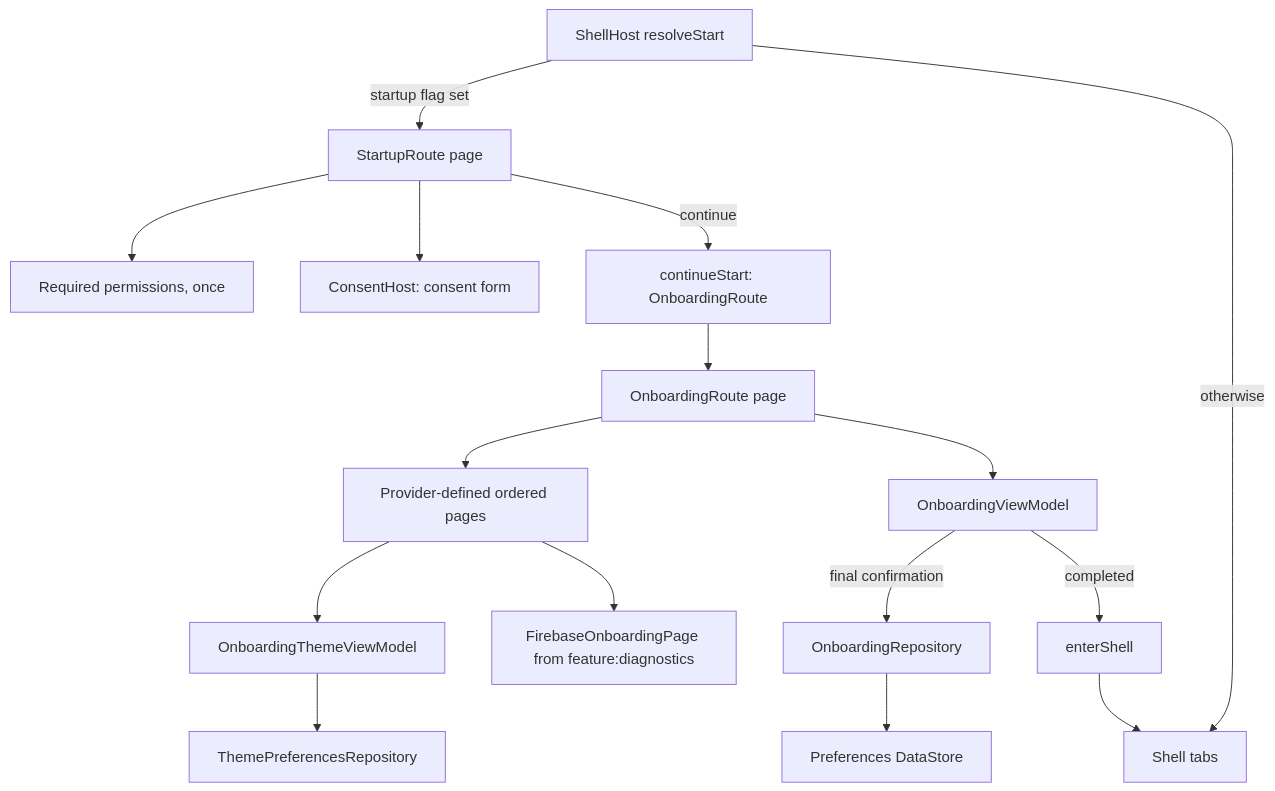
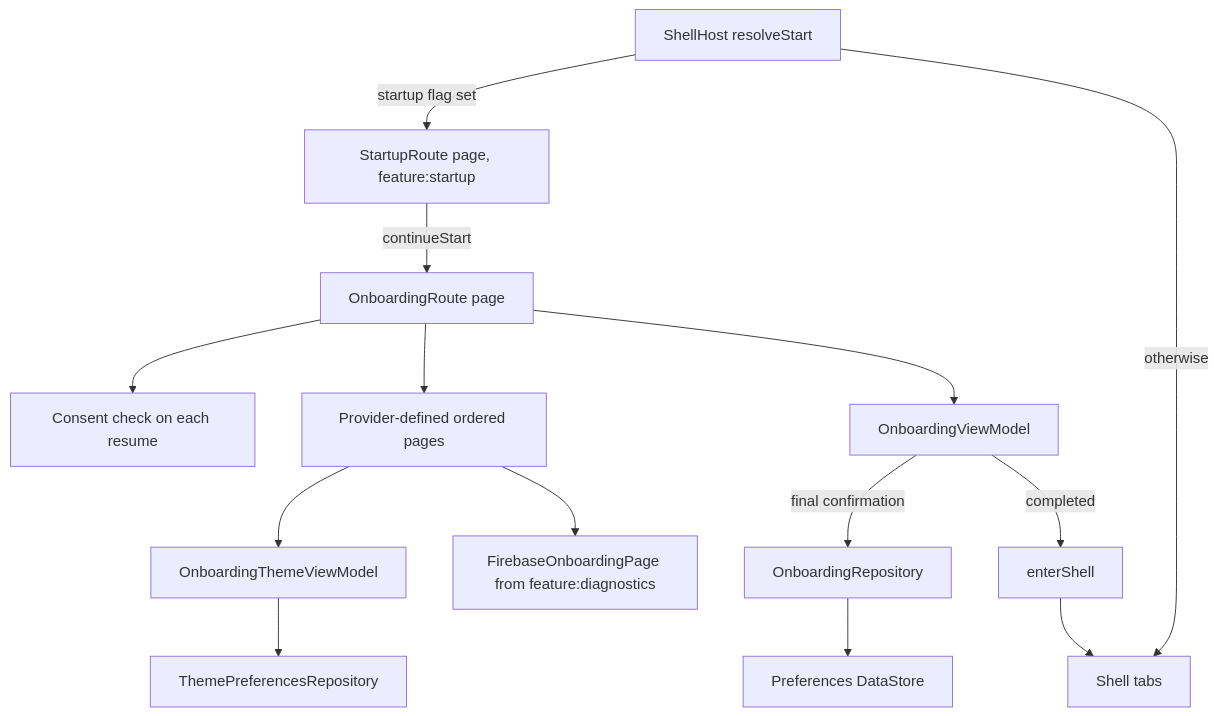
The diagram in library/feature/onboarding/README.md (MihaiCristianCondrea/App-Toolkit-for-Android), drawn with Mermaid before and after one commit. The commit also changed other lines of this file and 90 other files, not shown here.

First line of the commit message:
Split the startup screen into :library:feature:startup

````diff
--- a/library/feature/onboarding/README.md
+++ b/library/feature/onboarding/README.md
@@ -63,18 +66,16 @@
 ```mermaid
 flowchart TD
-    Host[ShellHost resolveStart] -->|startup flag set| Startup[StartupRoute page]
+    Host[ShellHost resolveStart] -->|startup flag set| Startup[StartupRoute page, feature:startup]
     Host -->|otherwise| Tabs[Shell tabs]
-    Startup --> Permissions[Required permissions, once]
-    Startup --> ConsentForm[ConsentHost: consent form]
-    Startup -->|continue| Continue[continueStart: OnboardingRoute]
-    Continue --> Onboarding[OnboardingRoute page]
+    Startup -->|continueStart| Onboarding[OnboardingRoute page]
+    Onboarding --> ConsentCheck[Consent check on each resume]
     Onboarding --> Pages[Provider-defined ordered pages]
     Pages --> Theme[OnboardingThemeViewModel]
     Theme --> ThemeRepo[ThemePreferencesRepository]
     Pages --> Diagnostics[FirebaseOnboardingPage from feature:diagnostics]
     Onboarding --> VM[OnboardingViewModel]
     VM -->|final confirmation| Completion[OnboardingRepository]
     Completion --> Store[Preferences DataStore]
     VM -->|completed| Enter[enterShell]
     Enter --> Tabs
 ```
````
